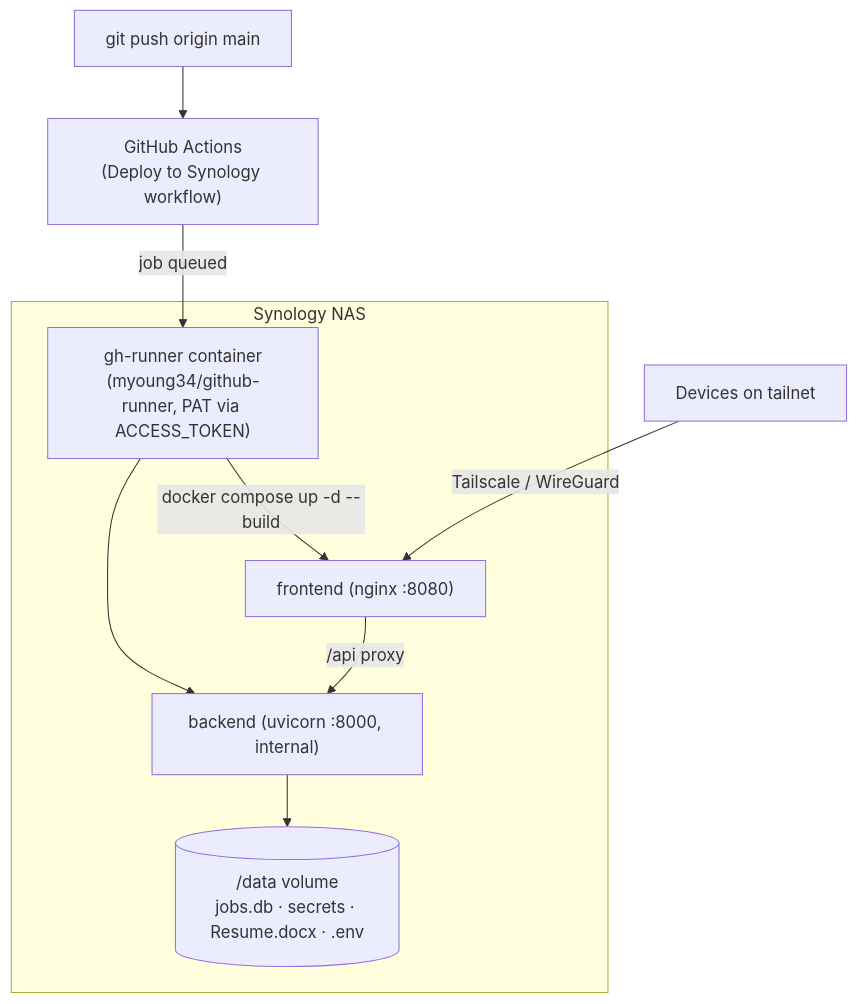
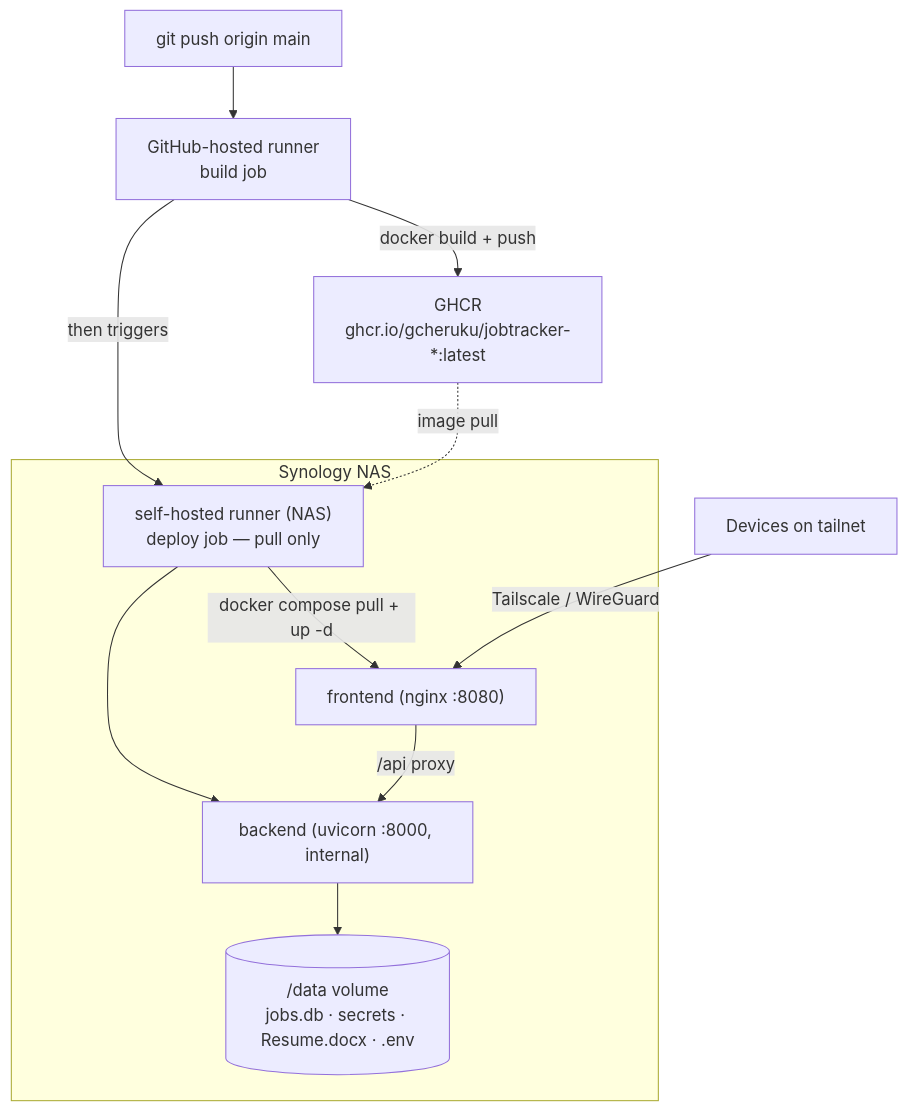
One commit to gcheruku/jobtracker changed the first of 2 diagrams in docs/Deployment.md. Above: the diagram before and after it, drawn with Mermaid. The commit also changed other lines of this file and 3 other files, not shown here.

First line of the commit message:
Build images in CI and push to GHCR; NAS pulls (no on-device build)

````diff
--- a/docs/Deployment.md
+++ b/docs/Deployment.md
@@ -14,12 +14,14 @@
 ```mermaid
 flowchart TB
-    Dev["git push origin main"] --> GH["GitHub Actions<br/>(Deploy to Synology workflow)"]
-    GH -->|job queued| Runner["gh-runner container<br/>(myoung34/github-runner, PAT via ACCESS_TOKEN)"]
+    Dev["git push origin main"] --> GH["GitHub-hosted runner<br/>build job"]
+    GH -->|docker build + push| GHCR["GHCR<br/>ghcr.io/gcheruku/jobtracker-*:latest"]
+    GH -->|then triggers| Runner["self-hosted runner (NAS)<br/>deploy job — pull only"]
     subgraph NAS["Synology NAS"]
-        Runner -->|docker compose up -d --build| FE["frontend (nginx :8080)"]
+        Runner -->|docker compose pull + up -d| FE["frontend (nginx :8080)"]
         Runner --> BE["backend (uvicorn :8000, internal)"]
         FE -->|/api proxy| BE
         BE --> DATA[("/data volume<br/>jobs.db · secrets · Resume.docx · .env")]
     end
+    GHCR -.image pull.-> Runner
     Tailnet["Devices on tailnet"] -->|Tailscale / WireGuard| FE
 ```
````
